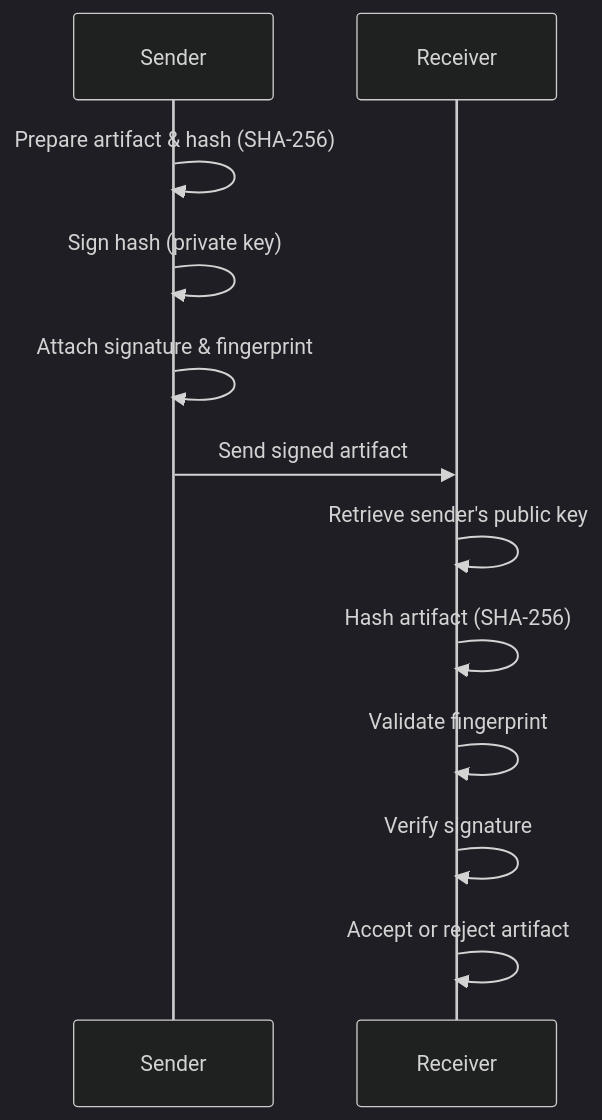
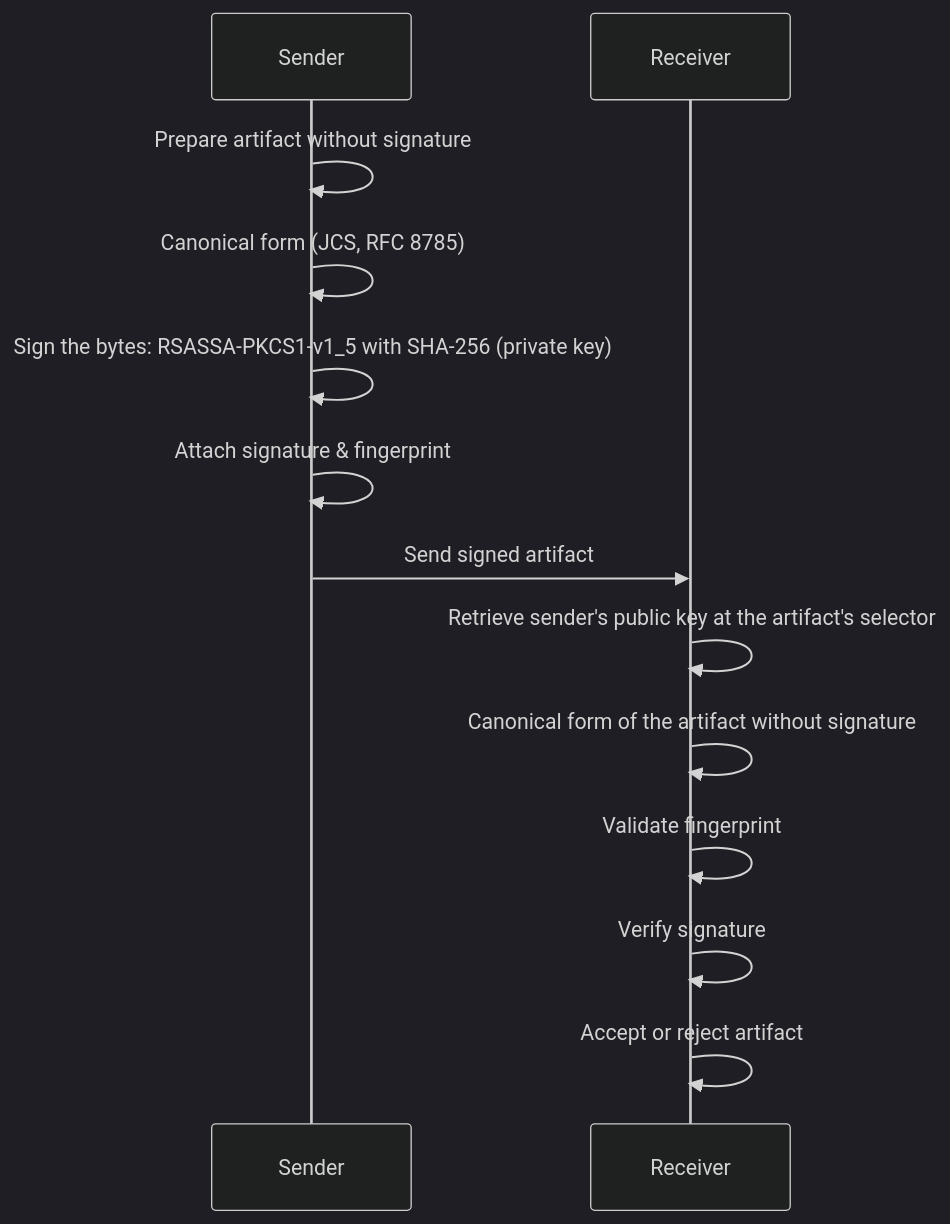
One commit to openbtps/btps-node changed the diagram in docs/docusaurus/docs/protocol/security/signature.md. Above: the diagram before and after it, drawn with Mermaid (dark theme). The commit also changed other lines of this file and 26 other files, not shown here.

First line of the commit message:
Docs: bring every diagram in line with 1.1

````diff
--- a/docs/docusaurus/docs/protocol/security/signature.md
+++ b/docs/docusaurus/docs/protocol/security/signature.md
@@ -29,14 +29,15 @@
 ```mermaid
 sequenceDiagram
     participant Sender
     participant Receiver
-    Sender->>Sender: Prepare artifact & hash (SHA-256)
-    Sender->>Sender: Sign hash (private key)
+    Sender->>Sender: Prepare artifact without signature
+    Sender->>Sender: Canonical form (JCS, RFC 8785)
+    Sender->>Sender: Sign the bytes: RSASSA-PKCS1-v1_5 with SHA-256 (private key)
     Sender->>Sender: Attach signature & fingerprint
     Sender->>Receiver: Send signed artifact
-    Receiver->>Receiver: Retrieve sender's public key
-    Receiver->>Receiver: Hash artifact (SHA-256)
+    Receiver->>Receiver: Retrieve sender's public key at the artifact's selector
+    Receiver->>Receiver: Canonical form of the artifact without signature
     Receiver->>Receiver: Validate fingerprint
     Receiver->>Receiver: Verify signature
     Receiver->>Receiver: Accept or reject artifact
 ```
````
